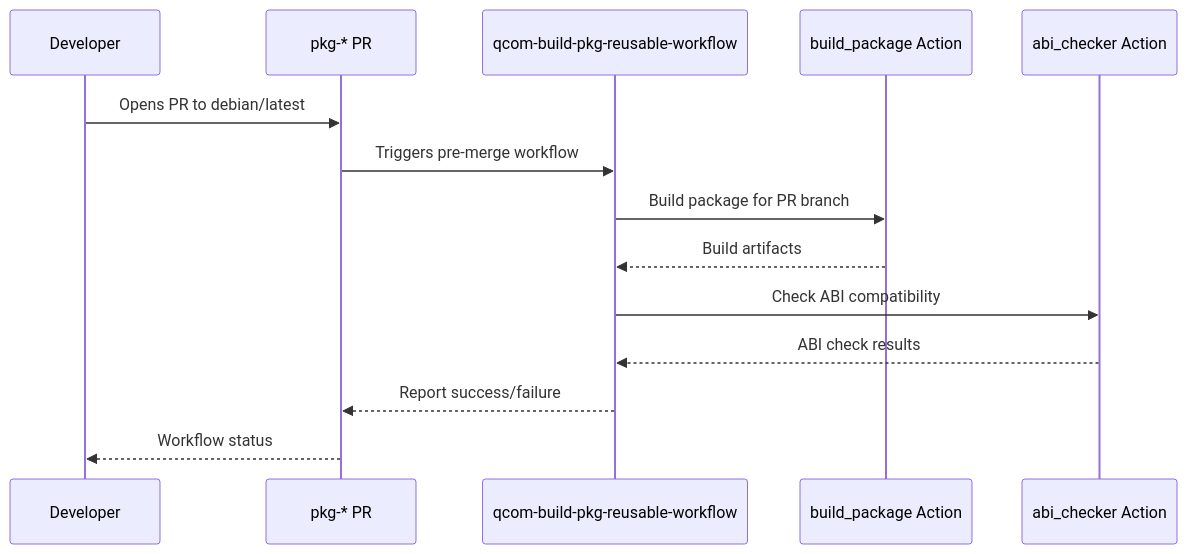
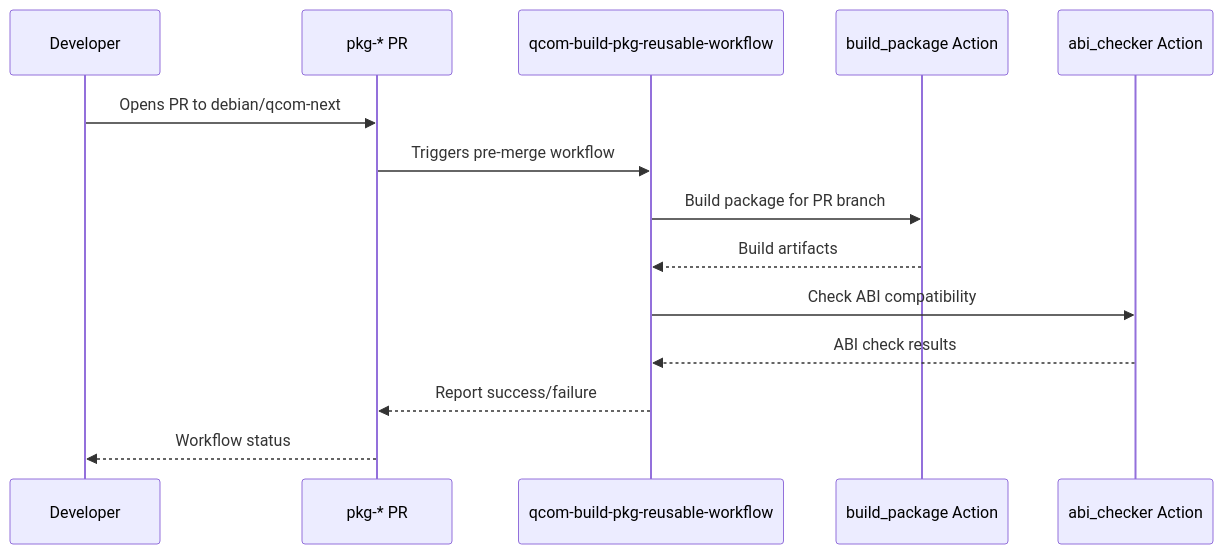
Before and after one commit to vemana1niranjan/qcom-build-utils: the third of 7 diagrams in docs/workflow-architecture.md, drawn with Mermaid. The commit also changed other lines of this file and 6 other files, not shown here.

Commit message:
Update references from debian/latest to debian/qcom-next in workflows and documentation

````diff
--- a/docs/workflow-architecture.md
+++ b/docs/workflow-architecture.md
@@ -198,17 +198,17 @@
 ```mermaid
 sequenceDiagram
     participant Dev as Developer
     participant PR as pkg-* PR
     participant RW as qcom-build-pkg-reusable-workflow
     participant Build as build_package Action
     participant ABI as abi_checker Action
     
-    Dev->>PR: Opens PR to debian/latest
+    Dev->>PR: Opens PR to debian/qcom-next
     PR->>RW: Triggers pre-merge workflow
     RW->>Build: Build package for PR branch
     Build-->>RW: Build artifacts
     RW->>ABI: Check ABI compatibility
     ABI-->>RW: ABI check results
     RW-->>PR: Report success/failure
     PR-->>Dev: Workflow status
 ```
````
